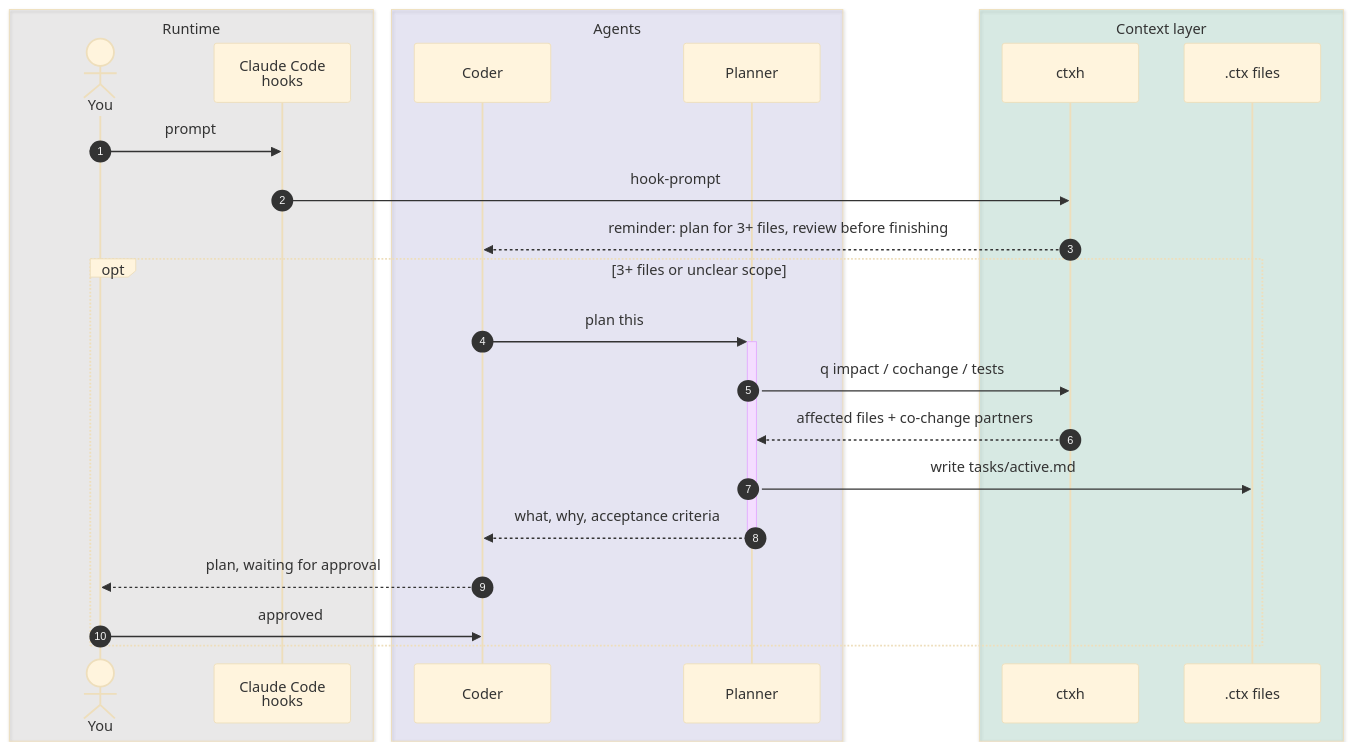
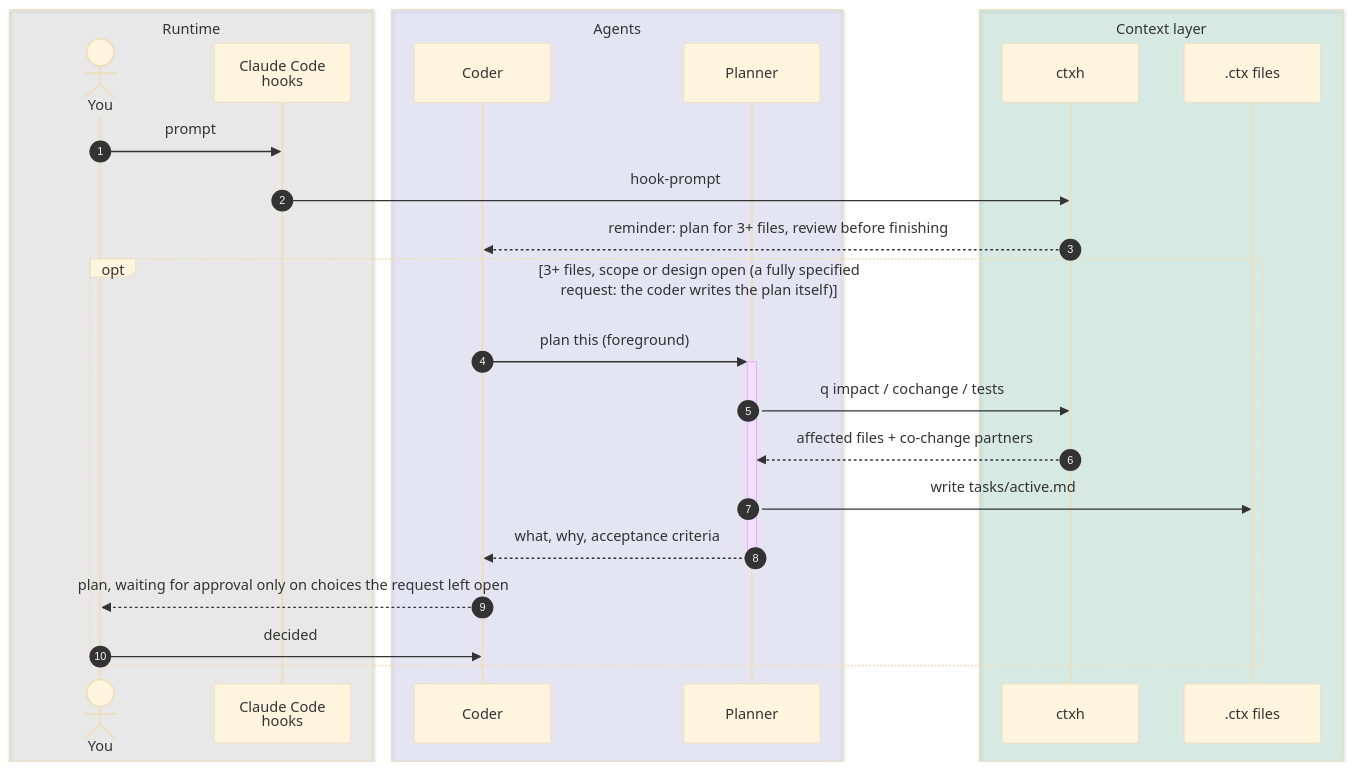
The second of 6 diagrams in docs/flow.md (ahmetask/ctx-harness), drawn with Mermaid (base theme) before and after one commit. The commit also changed 7 other files, not shown here.

First line of the commit message:
Run subagents in the foreground and plan without the planner on specified requests

````diff
--- a/docs/flow.md
+++ b/docs/flow.md
@@ -43,28 +43,28 @@
 ```mermaid
 sequenceDiagram
     autonumber
     box rgba(136,135,128,0.12) Runtime
         actor U as You
         participant CC as Claude Code<br/>hooks
     end
     box rgba(127,119,221,0.14) Agents
         participant C as Coder
         participant P as Planner
     end
     box rgba(29,158,117,0.14) Context layer
         participant X as ctxh
         participant F as .ctx files
     end
     U->>CC: prompt
     CC->>X: hook-prompt
     X-->>C: reminder: plan for 3+ files, review before finishing
-    opt 3+ files or unclear scope
-        C->>+P: plan this
+    opt 3+ files, scope or design open (a fully specified request: the coder writes the plan itself)
+        C->>+P: plan this (foreground)
         P->>X: q impact / cochange / tests
         X-->>P: affected files + co-change partners
         P->>F: write tasks/active.md
         P-->>-C: what, why, acceptance criteria
-        C-->>U: plan, waiting for approval
-        U->>C: approved
+        C-->>U: plan, waiting for approval only on choices the request left open
+        U->>C: decided
     end
 ```
````
